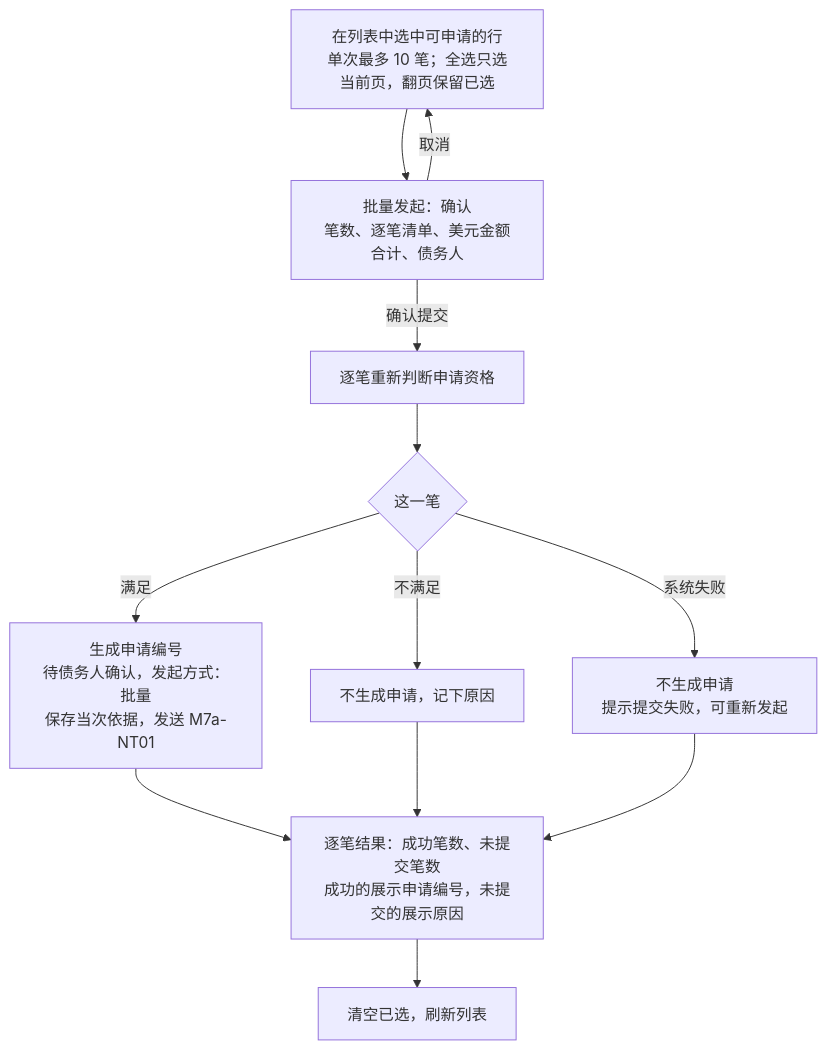
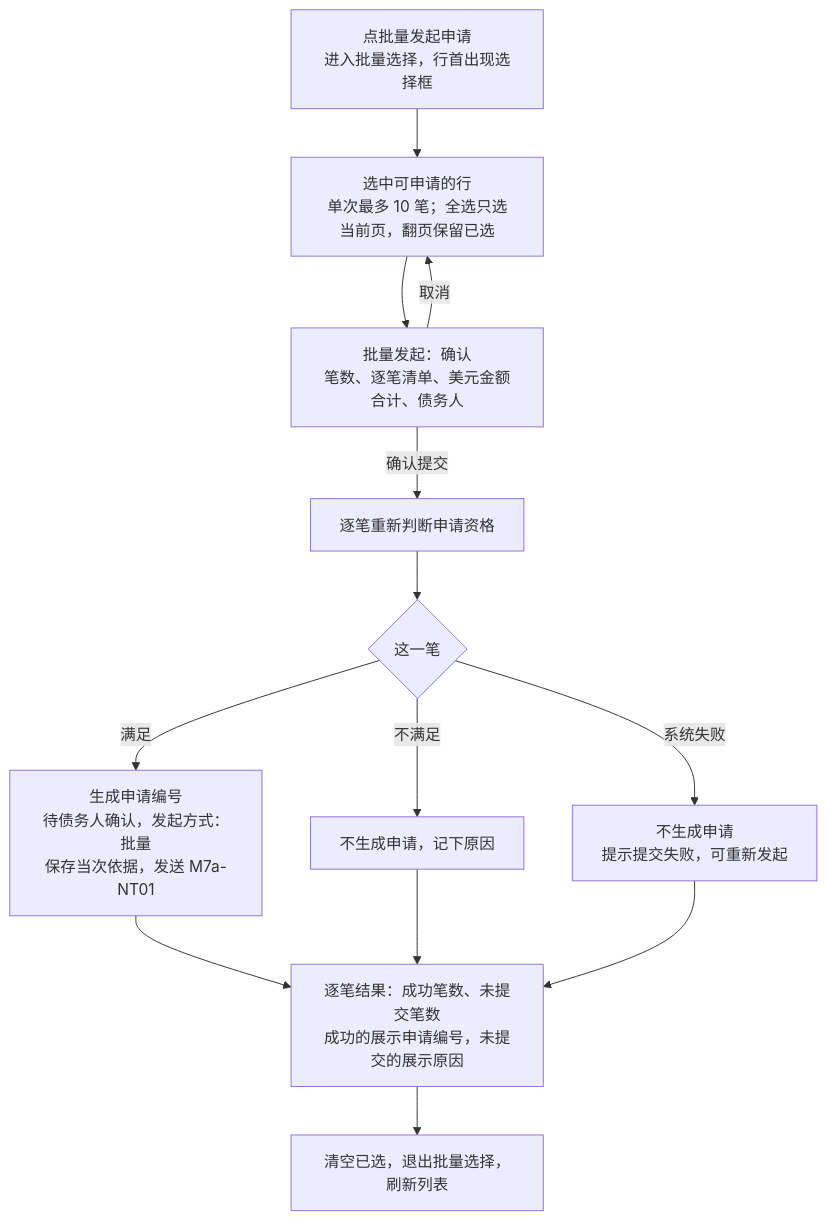
Before and after one commit to wxblockchain/Chain-Financing: the second of 4 diagrams in asset-trust-platform/PRD/企业端/M7a-应收查看与确权申请/02-应收查看与确权申请-流程图与状态机.md, drawn with Mermaid. The commit also changed other lines of this file and 3 other files, not shown here.

````diff
--- a/asset-trust-platform/PRD/企业端/M7a-应收查看与确权申请/02-应收查看与确权申请-流程图与状态机.md
+++ b/asset-trust-platform/PRD/企业端/M7a-应收查看与确权申请/02-应收查看与确权申请-流程图与状态机.md
@@ -37,12 +37,12 @@
 ```mermaid
 flowchart TD
-    A[在列表中选中可申请的行<br/>单次最多 10 笔；全选只选当前页，翻页保留已选] --> B[批量发起：确认<br/>笔数、逐笔清单、美元金额合计、债务人]
+    A0[点批量发起申请<br/>进入批量选择，行首出现选择框] --> A[选中可申请的行<br/>单次最多 10 笔；全选只选当前页，翻页保留已选] --> B[批量发起：确认<br/>笔数、逐笔清单、美元金额合计、债务人]
     B -->|取消| A
     B -->|确认提交| C[逐笔重新判断申请资格]
     C --> D{这一笔}
     D -->|满足| E[生成申请编号<br/>待债务人确认，发起方式：批量<br/>保存当次依据，发送 M7a-NT01]
     D -->|不满足| F[不生成申请，记下原因]
     D -->|系统失败| G[不生成申请<br/>提示提交失败，可重新发起]
     E & F & G --> H[逐笔结果：成功笔数、未提交笔数<br/>成功的展示申请编号，未提交的展示原因]
-    H --> I[清空已选，刷新列表]
+    H --> I[清空已选，退出批量选择，刷新列表]
 ```
````
